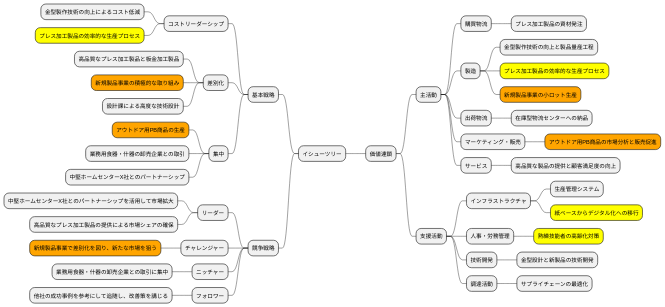
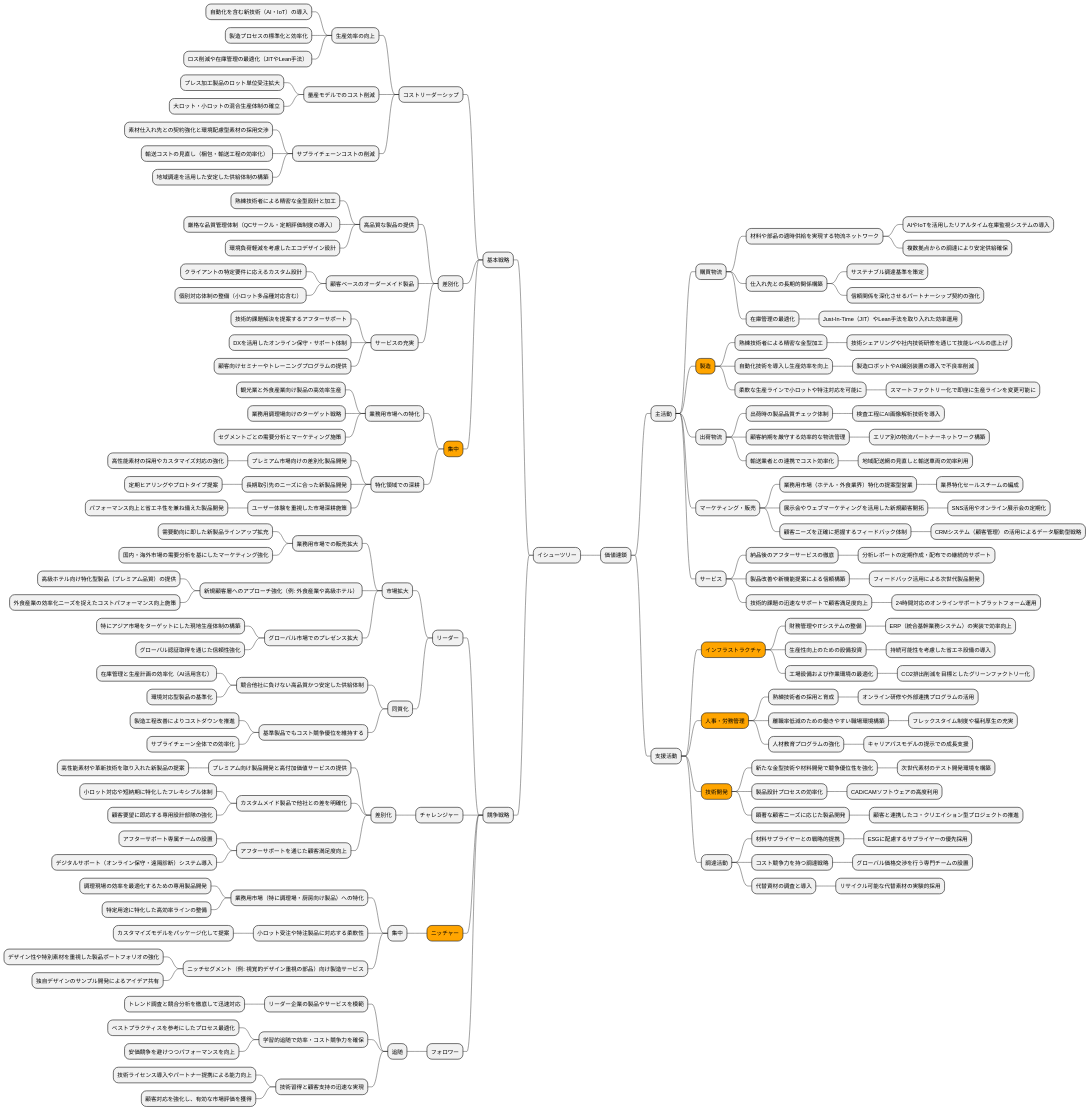
Before and after one commit to k2works/case-study-business-analysis: diagram 11 of 19 in docs/case/r04_case_3.adoc, drawn with PlantUML. The commit also changed other lines of this file, not shown here.

```diff
--- a/docs/case/r04_case_3.adoc
+++ b/docs/case/r04_case_3.adoc
@@ -468,54 +610,162 @@
 
 ** 基本戦略
 *** コストリーダーシップ
-**** 金型製作技術の向上によるコスト低減
-****[#yellow] プレス加工製品の効率的な生産プロセス
+**** 生産効率の向上
+***** 自動化を含む新技術（AI・IoT）の導入
+***** 製造プロセスの標準化と効率化
+***** ロス削減や在庫管理の最適化（JITやLean手法）
+**** 量産モデルでのコスト削減
+***** プレス加工製品のロット単位受注拡大
+***** 大ロット・小ロットの混合生産体制の確立
+**** サプライチェーンコストの削減
+***** 素材仕入れ先との契約強化と環境配慮型素材の採用交渉
+***** 輸送コストの見直し（梱包・輸送工程の効率化）
+***** 地域調達を活用した安定した供給体制の構築
 *** 差別化
-**** 高品質なプレス加工製品と板金加工製品
-****[#orange] 新規製品事業の積極的な取り組み
-**** 設計課による高度な技術設計
-*** 集中
-****[#orange] アウトドア用PB商品の生産
-**** 業務用食器・什器の卸売企業との取引
-**** 中堅ホームセンターX社とのパートナーシップ
+**** 高品質な製品の提供
+***** 熟練技術者による精密な金型設計と加工
+***** 厳格な品質管理体制（QCサークル・定期評価制度の導入）
+***** 環境負荷軽減を考慮したエコデザイン設計
+**** 顧客ベースのオーダーメイド製品
+***** クライアントの特定要件に応えるカスタム設計
+***** 個別対応体制の整備（小ロット多品種対応含む）
+**** サービスの充実
+***** 技術的課題解決を提案するアフターサポート
+***** DXを活用したオンライン保守・サポート体制
+***** 顧客向けセミナーやトレーニングプログラムの提供
+***[#orange] 集中
+**** 業務用市場への特化
+***** 観光業と外食産業向け製品の高効率生産
+***** 業務用調理場向けのターゲット戦略
+***** セグメントごとの需要分析とマーケティング施策
+**** 特化領域での深耕
+***** プレミアム市場向けの差別化製品開発
+****** 高性能素材の採用やカスタマイズ対応の強化
+***** 長期取引先のニーズに合った新製品開発
+****** 定期ヒアリングやプロトタイプ提案
+***** ユーザー体験を重視した市場深耕施策
+****** パフォーマンス向上と省エネ性を兼ね備えた製品開発
 
 ** 競争戦略
 *** リーダー
-**** 中堅ホームセンターX社とのパートナーシップを活用して市場拡大
-**** 高品質なプレス加工製品の提供による市場シェアの確保
+**** 市場拡大
+***** 業務用市場での販売拡大
+****** 需要動向に即した新製品ラインアップ拡充
+****** 国内・海外市場の需要分析を基にしたマーケティング強化
+***** 新規顧客層へのアプローチ強化（例: 外食産業や高級ホテル）
+****** 高級ホテル向け特化型製品（プレミアム品質）の提供
+****** 外食産業の効率化ニーズを捉えたコストパフォーマンス向上施策
+***** グローバル市場でのプレゼンス拡大
+****** 特にアジア市場をターゲットにした現地生産体制の構築
+****** グローバル認証取得を通じた信頼性強化
+**** 同質化
+***** 競合他社に負けない高品質かつ安定した供給体制
+****** 在庫管理と生産計画の効率化（AI活用含む）
+****** 環境対応型製品の基準化
+***** 基準製品でもコスト競争優位を維持する
+****** 製造工程改善によりコストダウンを推進
+****** サプライチェーン全体での効率化
 *** チャレンジャー
-****[#orange] 新規製品事業で差別化を図り、新たな市場を狙う
-*** ニッチャー
-**** 業務用食器・什器の卸売企業との取引に集中
+**** 差別化
+***** プレミアム向け製品開発と高付加価値サービスの提供
+****** 高性能素材や革新技術を取り入れた新製品の提案
+***** カスタムメイド製品で他社との差を明確化
+****** 小ロット対応や短納期に特化したフレキシブル体制
+****** 顧客要望に即応する専用設計部隊の強化
+***** アフターサポートを通じた顧客満足度向上
+****** アフターサポート専属チームの設置
+****** デジタルサポート（オンライン保守・遠隔診断）システム導入
+***[#orange] ニッチャー
+**** 集中
+***** 業務用市場（特に調理場・厨房向け製品）への特化
+****** 調理現場の効率を最適化するための専用製品開発
+****** 特定用途に特化した高効率ラインの整備
+***** 小ロット受注や特注製品に対応する柔軟性
+****** カスタマイズモデルをパッケージ化して提案
+***** ニッチセグメント（例: 視覚的デザイン重視の部品）向け製造サービス
+****** デザイン性や特別素材を重視した製品ポートフォリオの強化
+****** 独自デザインのサンプル開発によるアイデア共有
 *** フォロワー
-**** 他社の成功事例を参考にして追随し、改善策を講じる
+**** 追随
+***** リーダー企業の製品やサービスを模範
+****** トレンド調査と競合分析を徹底して迅速対応
+***** 学習的追随で効率・コスト競争力を確保
+****** ベストプラクティスを参考にしたプロセス最適化
+****** 安価競争を避けつつパフォーマンスを向上
+***** 技術習得と顧客支持の迅速な実現
+****** 技術ライセンス導入やパートナー提携による能力向上
+****** 顧客対応を強化し、有効な市場評価を獲得
 
 right side
 
 ** 価値連鎖
 *** 主活動
 **** 購買物流
-***** プレス加工製品の資材発注
-**** 製造
-***** 金型製作技術の向上と製品量産工程
-*****[#yellow] プレス加工製品の効率的な生産プロセス
-*****[#orange] 新規製品事業の小ロット生産
+***** 材料や部品の適時供給を実現する物流ネットワーク
+****** AIやIoTを活用したリアルタイム在庫監視システムの導入
+****** 複数拠点からの調達により安定供給確保
+***** 仕入れ先との長期的関係構築
+****** サステナブル調達基準を策定
+****** 信頼関係を深化させるパートナーシップ契約の強化
+***** 在庫管理の最適化
+****** Just-In-Time（JIT）やLean手法を取り入れた効率運用
+****[#orange] 製造
+***** 熟練技術者による精密な金型加工
+****** 技術シェアリングや社内技術研修を通じて技能レベルの底上げ
+***** 自動化技術を導入し生産効率を向上
+****** 製造ロボットやAI識別装置の導入で不良率削減
+***** 柔軟な生産ラインで小ロットや特注対応を可能に
+****** スマートファクトリー化で即座に生産ラインを変更可能に
 **** 出荷物流
-***** 在庫型物流センターへの納品
+***** 出荷時の製品品質チェック体制
+****** 検査工程にAI画像解析技術を導入
+***** 顧客納期を厳守する効率的な物流管理
+****** エリア別の物流パートナーネットワーク構築
+***** 輸送業者との連携でコスト効率化
+****** 地域配送網の見直しと輸送車両の効率利用
 **** マーケティング・販売
-*****[#orange] アウトドア用PB商品の市場分析と販売促進
+***** 業務用市場（ホテル・外食業界）特化の提案型営業
+****** 業界特化セールスチームの編成
+***** 展示会やウェブマーケティングを活用した新規顧客開拓
+****** SNS活用やオンライン展示会の定期化
+***** 顧客ニーズを正確に把握するフィードバック体制
+****** CRMシステム（顧客管理）の活用によるデータ駆動型戦略
 **** サービス
-***** 高品質な製品の提供と顧客満足度の向上
+***** 納品後のアフターサービスの徹底
+****** 分析レポートの定期作成・配布での継続的サポート
+***** 製品改善や新機能提案による信頼構築
+****** フィードバック活用による次世代製品開発
+***** 技術的課題の迅速なサポートで顧客満足度向上
+****** 24時間対応のオンラインサポートプラットフォーム運用
 *** 支援活動
-**** インフラストラクチャ
-***** 生産管理システム
-*****[#yellow] 紙ベースからデジタル化への移行
-**** 人事・労務管理
-*****[#yellow] 熟練技能者の高齢化対策
-**** 技術開発
-***** 金型設計と新製品の技術開発
+****[#orange] インフラストラクチャ
+***** 財務管理やITシステムの整備
+****** ERP（統合基幹業務システム）の実装で効率向上
+***** 生産性向上のための設備投資
+****** 持続可能性を考慮した省エネ設備の導入
+***** 工場設備および作業環境の最適化
+****** CO2排出削減を目標としたグリーンファクトリー化
+****[#orange] 人事・労務管理
+***** 熟練技術者の採用と育成
+****** オンライン研修や外部連携プログラムの活用
+***** 離職率低減のための働きやすい職場環境構築
+****** フレックスタイム制度や福利厚生の充実
+***** 人材教育プログラムの強化
+****** キャリアパスモデルの提示での成長支援
+****[#orange] 技術開発
+***** 新たな金型技術や材料開発で競争優位性を強化
+****** 次世代素材のテスト開発環境を構築
+***** 製品設計プロセスの効率化
+****** CAD/CAMソフトウェアの高度利用
+***** 顕著な顧客ニーズに応じた製品開発
+****** 顧客と連携したコ・クリエイション型プロジェクトの推進
 **** 調達活動
-***** サプライチェーンの最適化
+***** 材料サプライヤーとの戦略的提携
+****** ESGに配慮するサプライヤーの優先採用
+***** コスト競争力を持つ調達戦略
+****** グローバル価格交渉を行う専門チームの設置
+***** 代替資材の調査と導入
+****** リサイクル可能な代替素材の実験的採用
 
 @endmindmap
 ----
```
